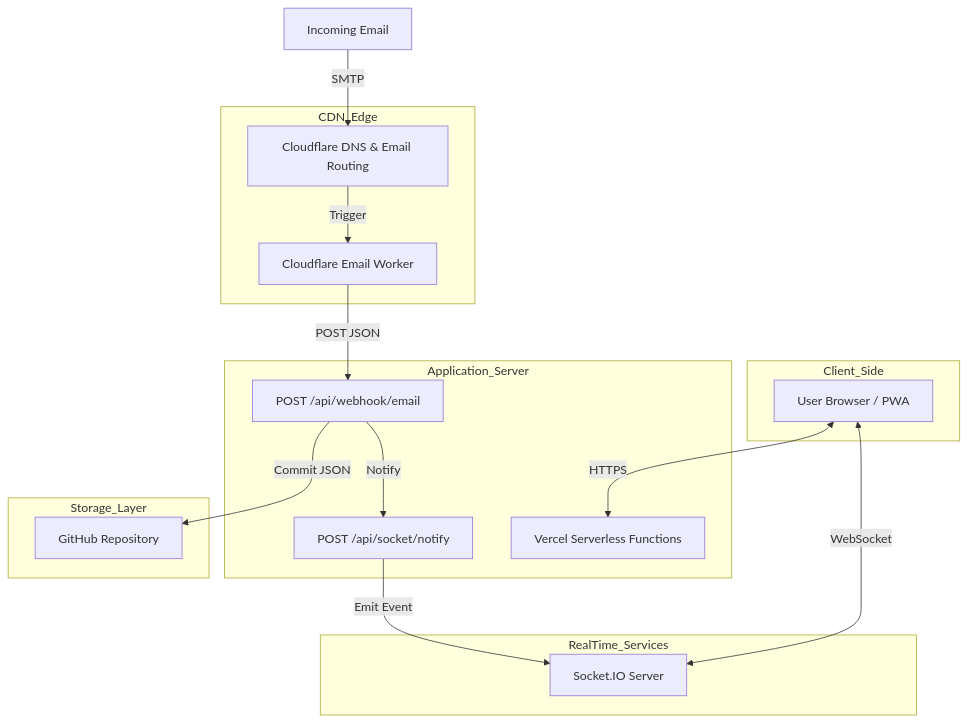
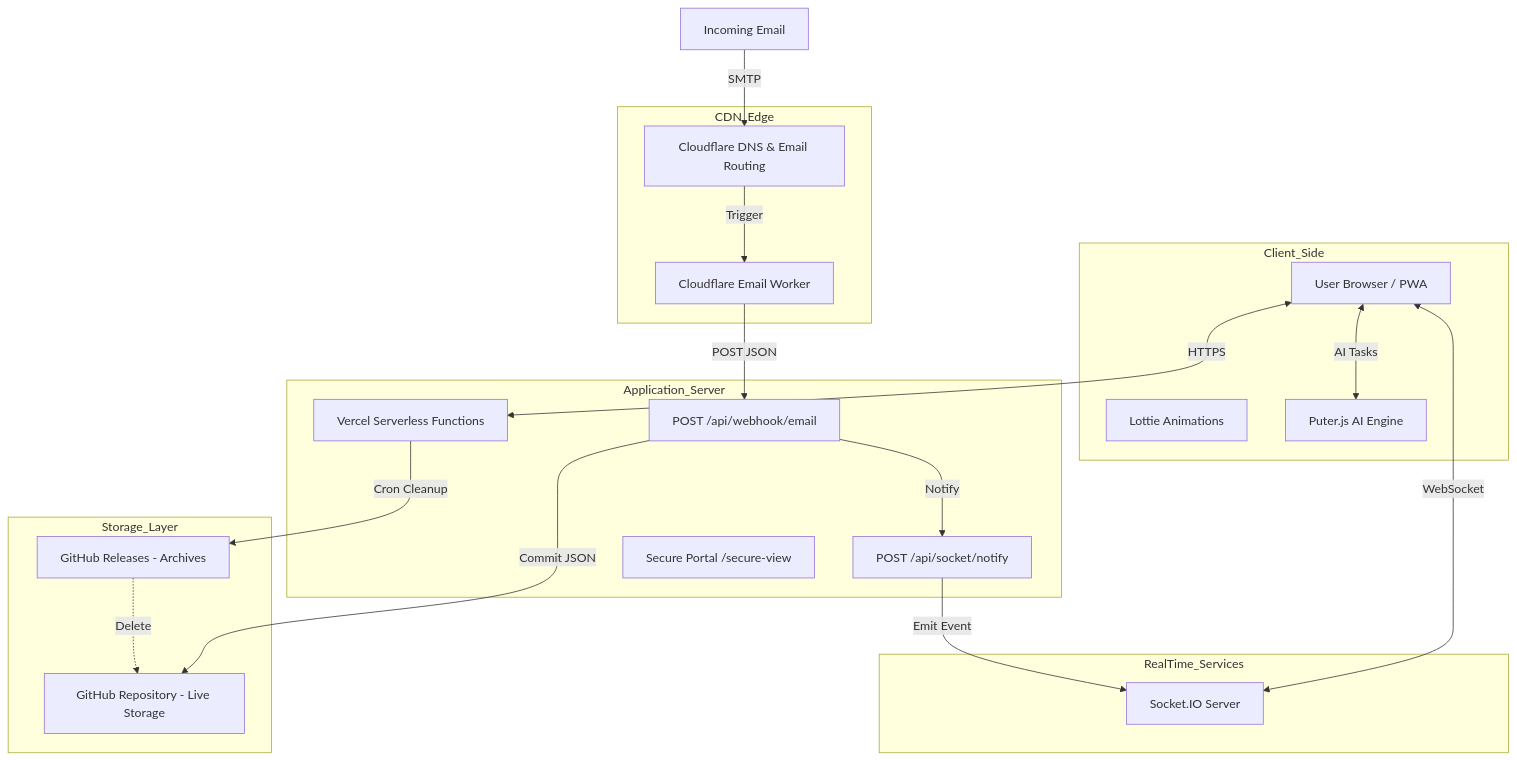
Before and after one commit to cybe4sent1nel/mailcroc: the first of 5 diagrams in ARCHITECTURE.md, drawn with Mermaid. The commit also changed other lines of this file and 11 other files, not shown here.

````diff
--- a/ARCHITECTURE.md
+++ b/ARCHITECTURE.md
@@ -9,37 +9,45 @@
 ```mermaid
 graph TD
     subgraph Client_Side
         Browser[User Browser / PWA]
+        Lottie[Lottie Animations]
+        Puter_JS[Puter.js AI Engine]
     end
 
     subgraph CDN_Edge
         CF_DNS[Cloudflare DNS & Email Routing]
         CF_Worker[Cloudflare Email Worker]
     end
 
     subgraph Application_Server
         Vercel[Vercel Serverless Functions]
         API_Webhook[POST /api/webhook/email]
         API_Socket[POST /api/socket/notify]
+        Secure_Portal[Secure Portal /secure-view]
     end
 
     subgraph RealTime_Services
         SocketServer[Socket.IO Server]
     end
 
     subgraph Storage_Layer
-        GitHub[GitHub Repository]
+        GitHub_Repo[GitHub Repository - Live Storage]
+        GitHub_Releases[GitHub Releases - Archives]
     end
 
     %% Flows
     Browser <-->|HTTPS| Vercel
     Browser <-->|WebSocket| SocketServer
+    Browser <-->|AI Tasks| Puter_JS
     
     External_Email[Incoming Email] -->|SMTP| CF_DNS
     CF_DNS -->|Trigger| CF_Worker
     CF_Worker -->|POST JSON| API_Webhook
     
-    API_Webhook -->|Commit JSON| GitHub
+    API_Webhook -->|Commit JSON| GitHub_Repo
     API_Webhook -->|Notify| API_Socket
     API_Socket -->|Emit Event| SocketServer
+
+    Vercel -->|Cron Cleanup| GitHub_Releases
+    GitHub_Releases -.->|Delete| GitHub_Repo
 ```
````
